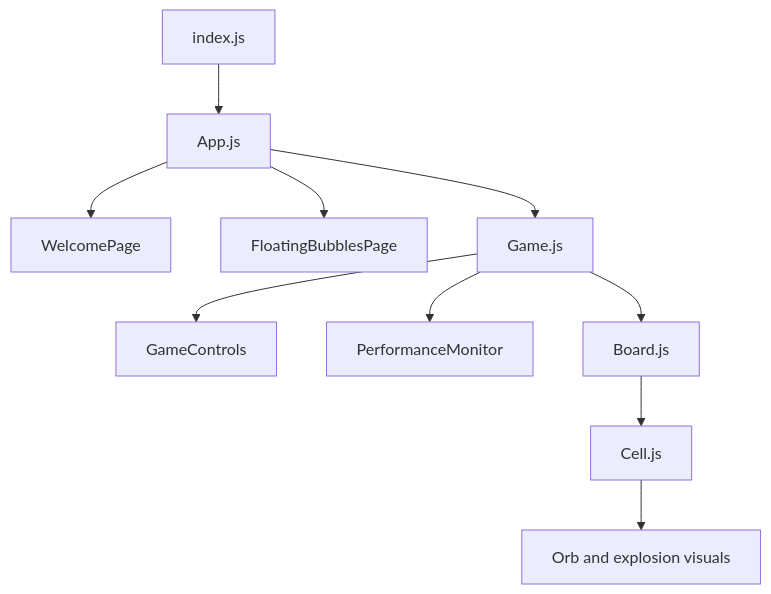
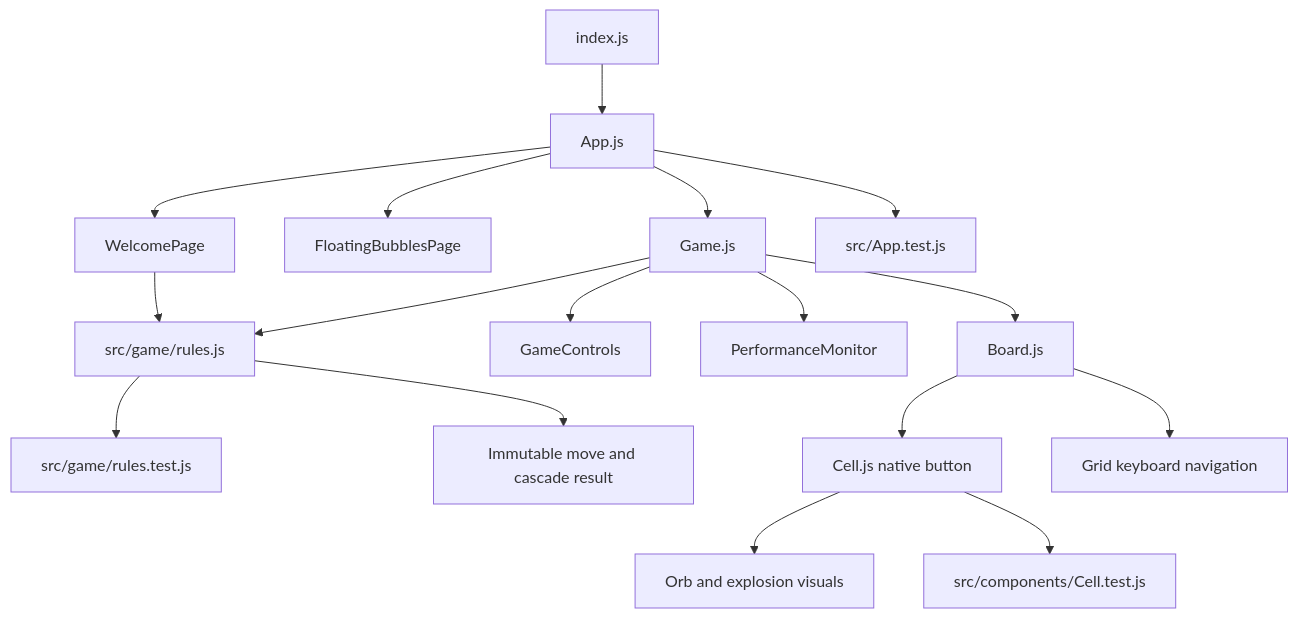
Before and after one commit to Brajesh31/Chain-Reaction-Game: the diagram in docs/architecture/component-map.mmd, drawn with Mermaid. The commit also changed 14 other files, not shown here.

Commit message:
feat: make the game board keyboard accessible

```diff
--- a/docs/architecture/component-map.mmd
+++ b/docs/architecture/component-map.mmd
@@ -1,10 +1,17 @@
 flowchart TD
   Root[index.js] --> App[App.js]
   App --> Welcome[WelcomePage]
   App --> Intro[FloatingBubblesPage]
   App --> Game[Game.js]
+  Welcome --> Rules[src/game/rules.js]
+  Game --> Rules
+  Rules --> RuleTests[src/game/rules.test.js]
+  Rules --> Result[Immutable move and cascade result]
   Game --> Controls[GameControls]
   Game --> Monitor[PerformanceMonitor]
   Game --> Board[Board.js]
-  Board --> Cell[Cell.js]
+  Board --> Cell[Cell.js native button]
+  Board --> Keys[Grid keyboard navigation]
   Cell --> Visual[Orb and explosion visuals]
+  App --> AppTests[src/App.test.js]
+  Cell --> CellTests[src/components/Cell.test.js]
```
